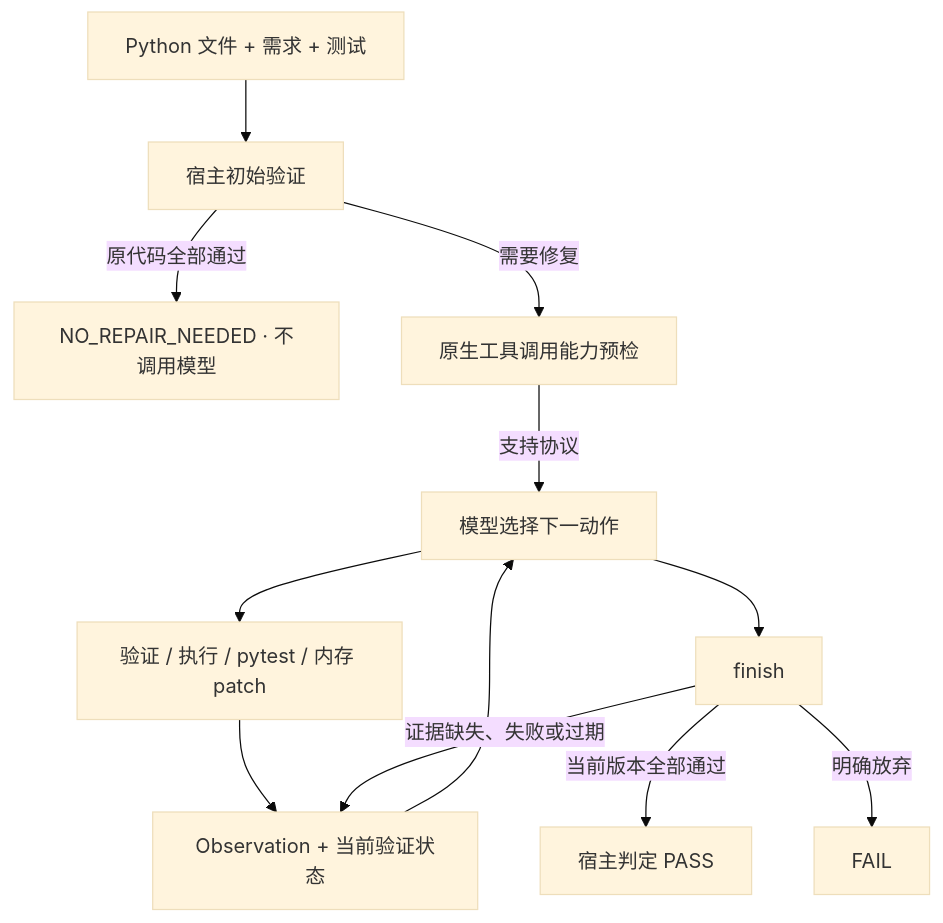
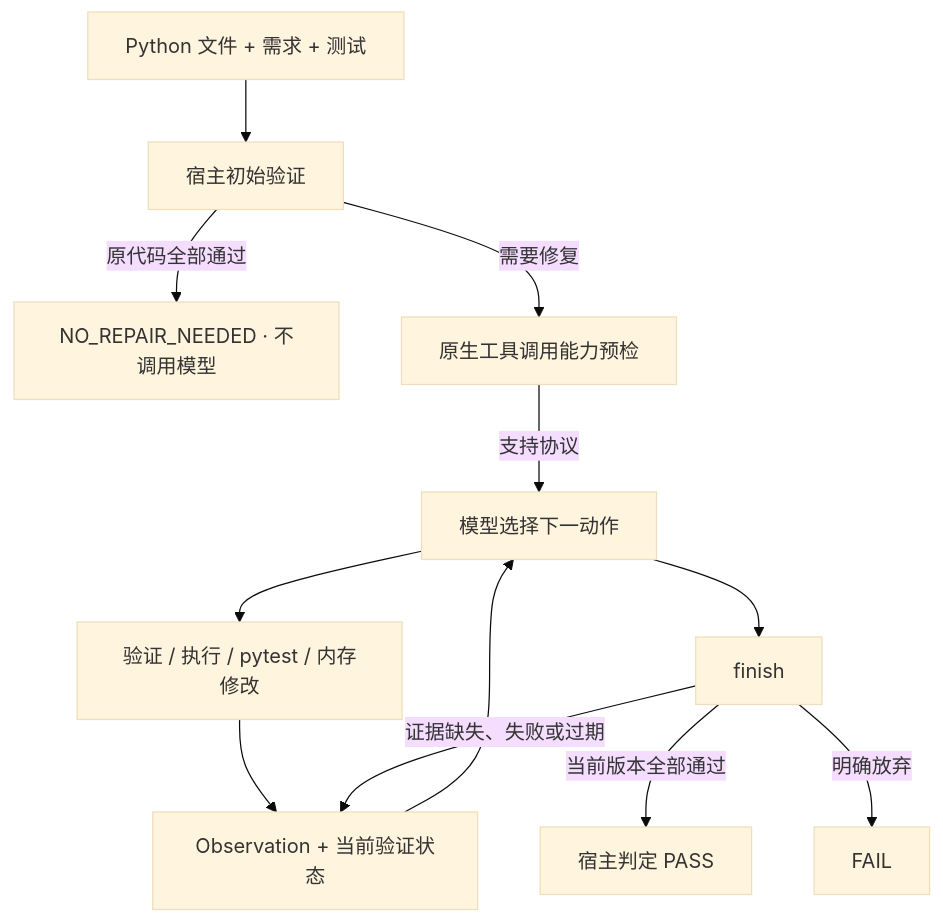
The diagram in README_CN.md (tTko99/dependency-aware-codegen), drawn with Mermaid (base theme) before and after one commit. The commit also changed other lines of this file and 1 other file, not shown here.

````diff
--- a/README_CN.md
+++ b/README_CN.md
@@ -30,14 +32,14 @@
 ```mermaid
 flowchart TD
     A[Python 文件 + 需求 + 测试] --> B[宿主初始验证]
     B -- 原代码全部通过 --> C[NO_REPAIR_NEEDED · 不调用模型]
     B -- 需要修复 --> D[原生工具调用能力预检]
     D -- 支持协议 --> E[模型选择下一动作]
-    E --> F[验证 / 执行 / pytest / 内存 patch]
+    E --> F[验证 / 执行 / pytest / 内存修改]
     F --> G[Observation + 当前验证状态]
     G --> E
     E --> H[finish]
     H -- 证据缺失、失败或过期 --> G
     H -- 当前版本全部通过 --> I[宿主判定 PASS]
     H -- 明确放弃 --> J[FAIL]
 ```
````
